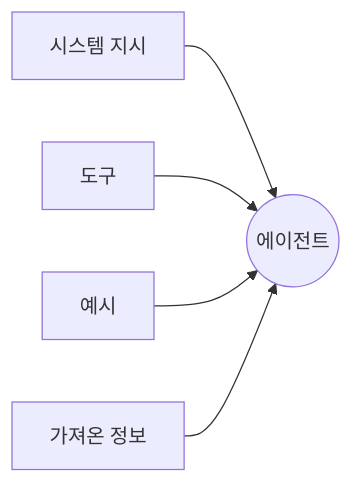
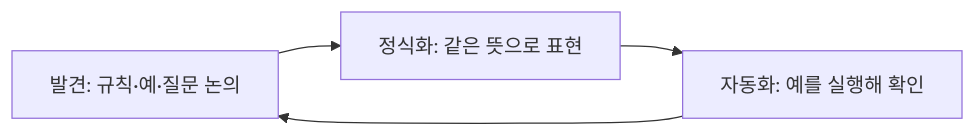
Before and after one commit to YoungSan77/TrainingMaterials: the first of 2 diagrams in courses/ai-native/sessions/s05.md, drawn with Mermaid. The commit also changed other lines of this file and 198 other files, not shown here.

````diff
--- a/courses/ai-native/sessions/s05.md
+++ b/courses/ai-native/sessions/s05.md
@@ -145,7 +161,6 @@
 ```mermaid
 flowchart LR
-    S["시스템 지시"] --> A(("에이전트"))
-    T["도구"] --> A
-    E["예시"] --> A
-    R["가져온 정보"] --> A
+    A["발견: 규칙·예·질문 논의"] --> B["정식화: 같은 뜻으로 표현"]
+    B --> C["자동화: 예를 실행해 확인"]
+    C --> A
 ```
````
